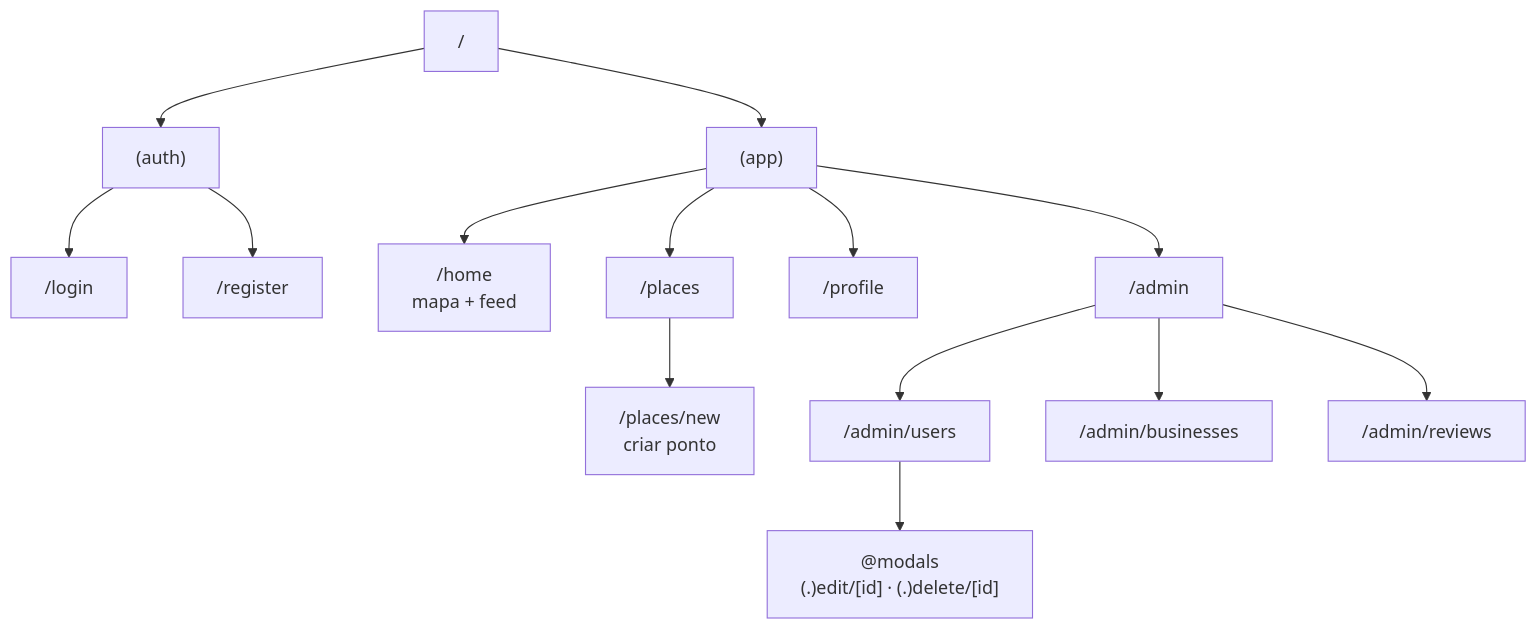
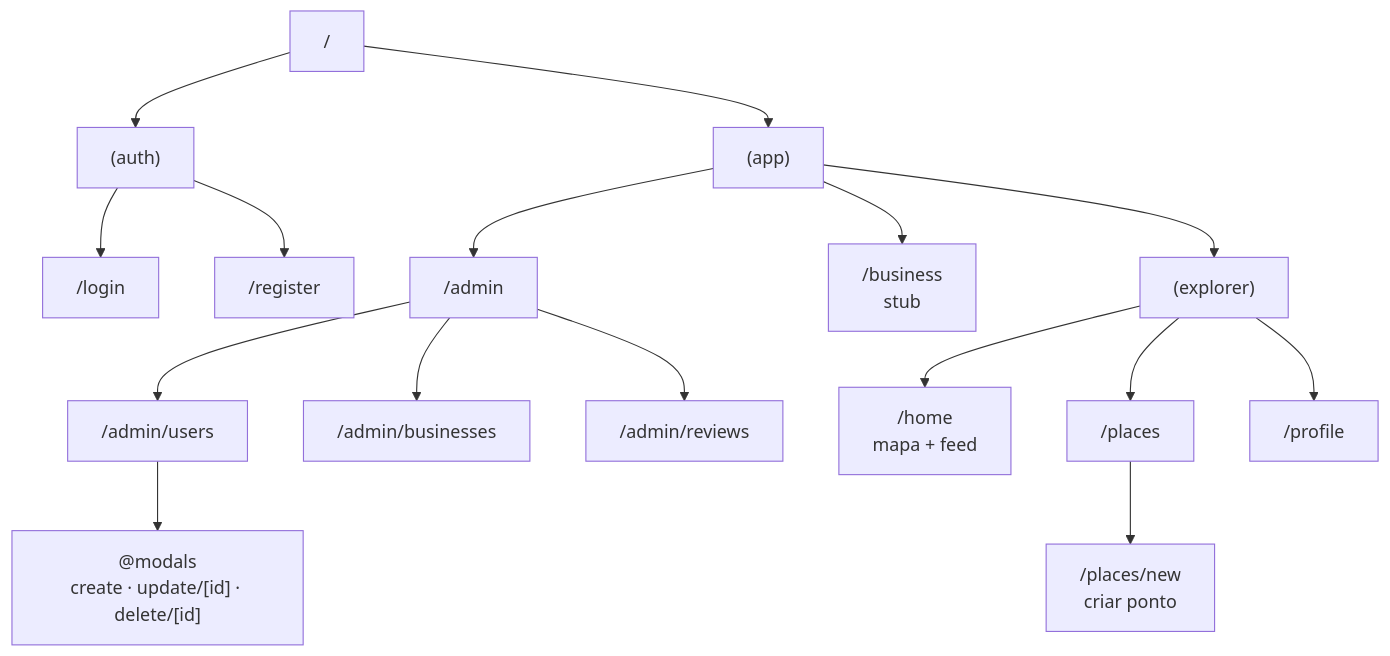
Before and after one commit to stxrdust999/soromaps: the first of 3 diagrams in docs/wiki/11-frontend-web.md, drawn with Mermaid. The commit also changed other lines of this file and 5 other files, not shown here.

````diff
--- a/docs/wiki/11-frontend-web.md
+++ b/docs/wiki/11-frontend-web.md
@@ -18,18 +18,22 @@
 ```mermaid
 flowchart TD
     ROOT["/"] --> AUTH["(auth)"]
     ROOT --> APP["(app)"]
 
     AUTH --> LOGIN["/login"]
     AUTH --> REG["/register"]
 
-    APP --> HOME["/home<br/>mapa + feed"]
-    APP --> PLACES["/places"]
-    PLACES --> NEW["/places/new<br/>criar ponto"]
-    APP --> PROF["/profile"]
     APP --> ADM["/admin"]
     ADM --> ADMU["/admin/users"]
     ADM --> ADMB["/admin/businesses"]
     ADM --> ADMR["/admin/reviews"]
-    ADMU --> MOD["@modals<br/>(.)edit/[id] · (.)delete/[id]"]
+    ADMU --> MOD["@modals<br/>create · update/[id] · delete/[id]"]
+
+    APP --> BIZ["/business<br/>stub"]
+
+    APP --> EXP["(explorer)"]
+    EXP --> HOME["/home<br/>mapa + feed"]
+    EXP --> PLACES["/places"]
+    PLACES --> NEW["/places/new<br/>criar ponto"]
+    EXP --> PROF["/profile"]
 ```
````
